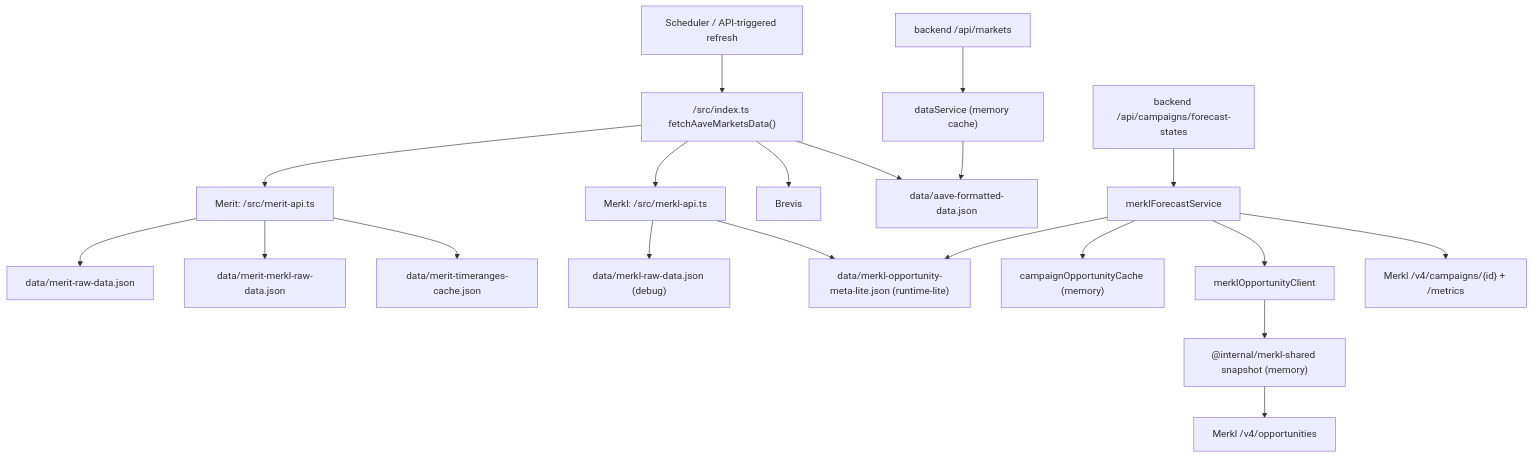
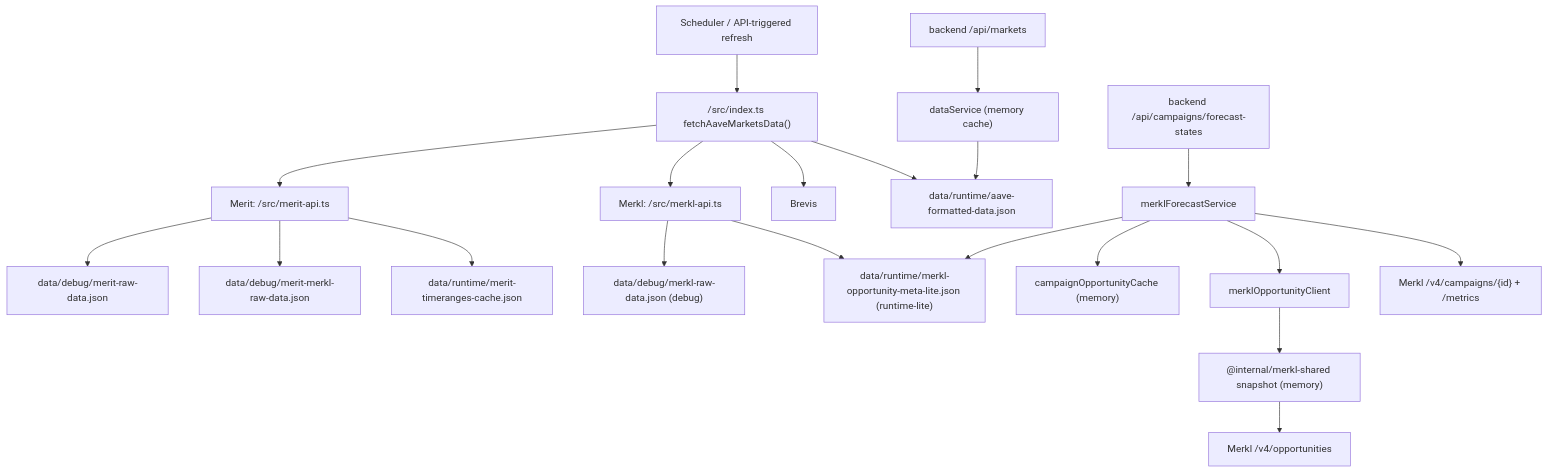
One commit to 0xPabloLI/aave-protocol-analysis changed the first of 2 diagrams in docs/merkl-merit-cache-architecture.md. Above: the diagram before and after it, drawn with Mermaid. The commit also changed other lines of this file and 15 other files, not shown here.

Commit message:
Split runtime and debug data snapshots

````diff
--- a/docs/merkl-merit-cache-architecture.md
+++ b/docs/merkl-merit-cache-architecture.md
@@ -9,22 +9,22 @@
 ```mermaid
 flowchart TD
   A["Scheduler / API-triggered refresh"] --> B["/src/index.ts fetchAaveMarketsData()"]
   B --> C["Merit: /src/merit-api.ts"]
   B --> D["Merkl: /src/merkl-api.ts"]
   B --> E["Brevis"]
-  C --> F["data/merit-raw-data.json"]
-  C --> G["data/merit-merkl-raw-data.json"]
-  C --> H["data/merit-timeranges-cache.json"]
-  D --> I["data/merkl-raw-data.json (debug)"]
-  D --> J["data/merkl-opportunity-meta-lite.json (runtime-lite)"]
-  B --> K["data/aave-formatted-data.json"]
+  C --> F["data/debug/merit-raw-data.json"]
+  C --> G["data/debug/merit-merkl-raw-data.json"]
+  C --> H["data/runtime/merit-timeranges-cache.json"]
+  D --> I["data/debug/merkl-raw-data.json (debug)"]
+  D --> J["data/runtime/merkl-opportunity-meta-lite.json (runtime-lite)"]
+  B --> K["data/runtime/aave-formatted-data.json"]
   L["backend /api/markets"] --> M["dataService (memory cache)"]
   M --> K
   N["backend /api/campaigns/forecast-states"] --> O["merklForecastService"]
   O --> P["campaignOpportunityCache (memory)"]
   O --> J
   O --> Q["merklOpportunityClient"]
   Q --> R["@internal/merkl-shared snapshot (memory)"]
   R --> S["Merkl /v4/opportunities"]
   O --> T["Merkl /v4/campaigns/{id} + /metrics"]
 ```
````
